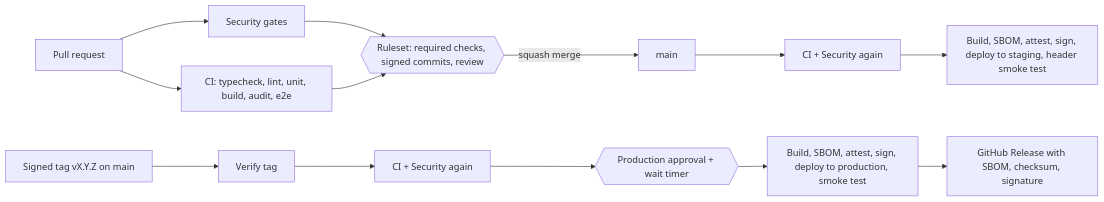
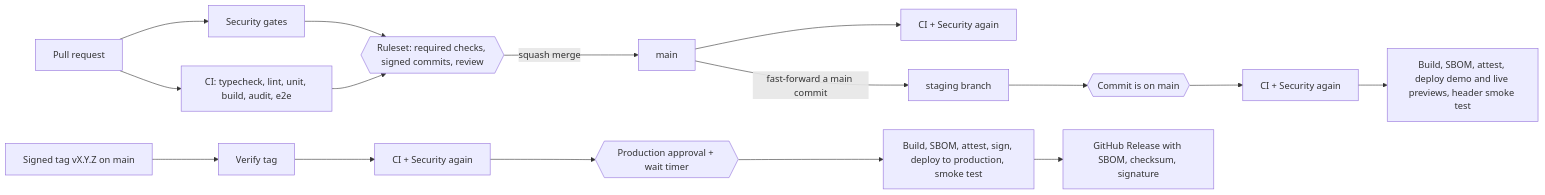
The diagram in docs/security/PIPELINE.md (ShahidCS/Selvara), drawn with Mermaid before and after one commit. The commit also changed other lines of this file and 6 other files, not shown here.

First line of the commit message:
ci(staging): staging branch deploys demo and live Vercel previews (#114)

````diff
--- a/docs/security/PIPELINE.md
+++ b/docs/security/PIPELINE.md
@@ -11,15 +11,18 @@
 ```mermaid
 flowchart LR
   PR[Pull request] --> CI[CI: typecheck, lint, unit, build, audit, e2e]
   PR --> SEC[Security gates]
   SEC --> RS{{Ruleset: required checks, signed commits, review}}
   CI --> RS
   RS -->|squash merge| MAIN[main]
   MAIN --> CI2[CI + Security again]
-  CI2 --> STG[Build, SBOM, attest, sign, deploy to staging, header smoke test]
+  MAIN -->|fast-forward a main commit| STB[staging branch]
+  STB --> ON{{Commit is on main}}
+  ON --> CI4[CI + Security again]
+  CI4 --> STG[Build, SBOM, attest, deploy demo and live previews, header smoke test]
   TAG[Signed tag vX.Y.Z on main] --> VT[Verify tag]
   VT --> CI3[CI + Security again]
   CI3 --> APPROVE{{Production approval + wait timer}}
   APPROVE --> PRD[Build, SBOM, attest, sign, deploy to production, smoke test]
   PRD --> REL[GitHub Release with SBOM, checksum, signature]
 ```
````
